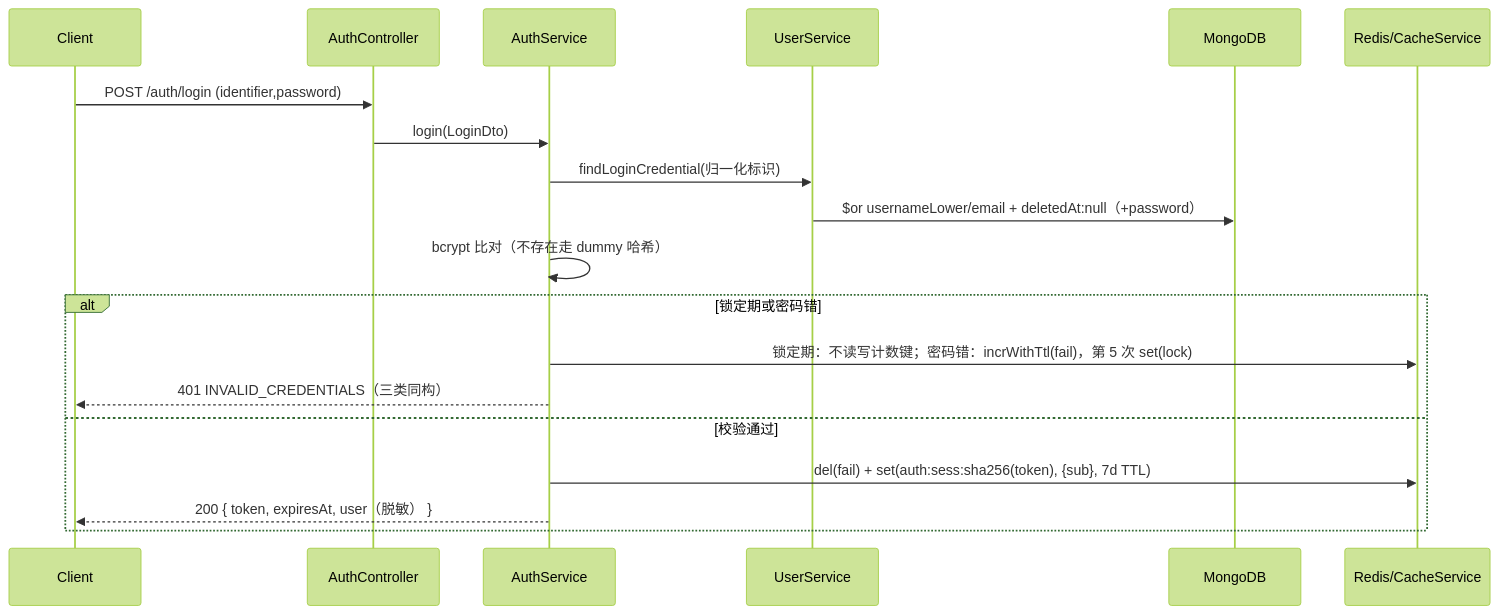
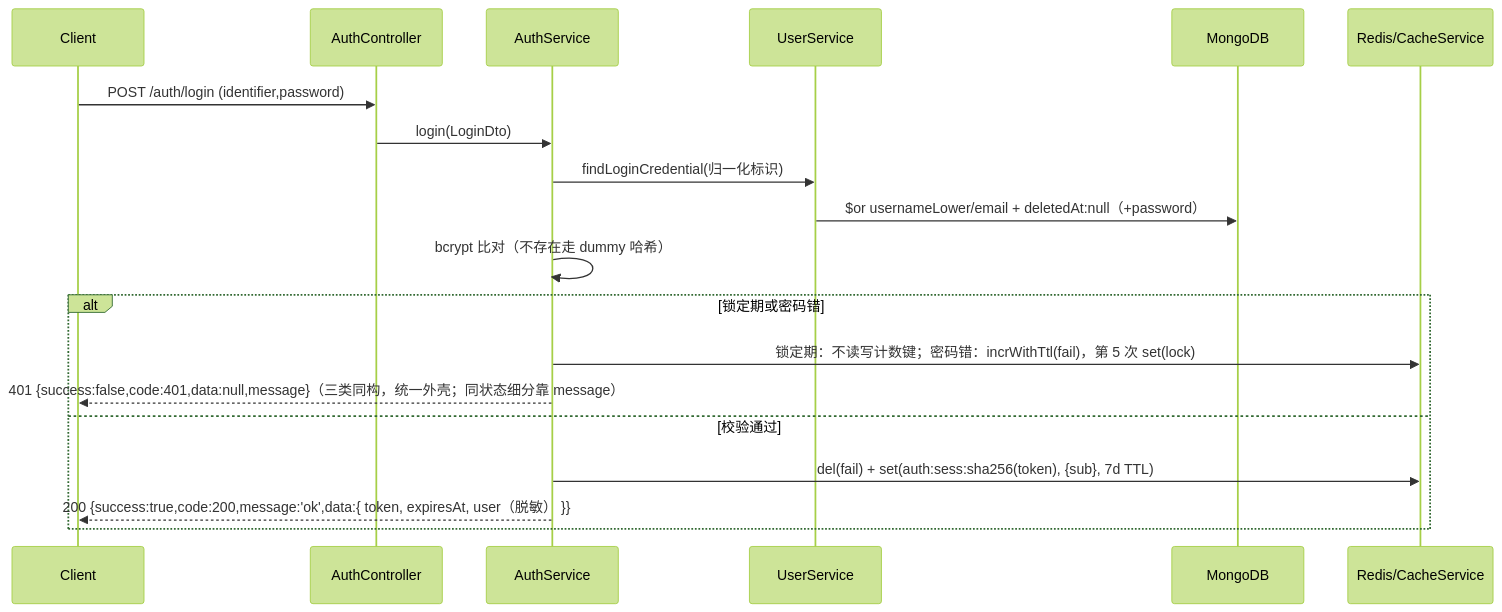
One commit to Qiuyaxian/ai-blog-backtend changed the first of 5 diagrams in docs/architecture/data-flows.md. Above: the diagram before and after it, drawn with Mermaid (forest theme). The commit also changed other lines of this file and 58 other files, not shown here.

````diff
--- a/docs/architecture/data-flows.md
+++ b/docs/architecture/data-flows.md
@@ -23,21 +23,21 @@
 ```mermaid
 sequenceDiagram
     participant C as Client
     participant AC as AuthController
     participant AS as AuthService
     participant US as UserService
     participant DB as MongoDB
     participant R as Redis/CacheService
     C->>AC: POST /auth/login (identifier,password)
     AC->>AS: login(LoginDto)
     AS->>US: findLoginCredential(归一化标识)
     US->>DB: $or usernameLower/email + deletedAt:null（+password）
     AS->>AS: bcrypt 比对（不存在走 dummy 哈希）
     alt 锁定期或密码错
         AS->>R: 锁定期：不读写计数键；密码错：incrWithTtl(fail)，第 5 次 set(lock)
-        AS-->>C: 401 INVALID_CREDENTIALS（三类同构）
+        AS-->>C: 401 {success:false,code:401,data:null,message}（三类同构，统一外壳；同状态细分靠 message）
     else 校验通过
         AS->>R: del(fail) + set(auth:sess:sha256(token), {sub}, 7d TTL)
-        AS-->>C: 200 { token, expiresAt, user（脱敏） }
+        AS-->>C: 200 {success:true,code:200,message:'ok',data:{ token, expiresAt, user（脱敏） }}
     end
 ```
````
